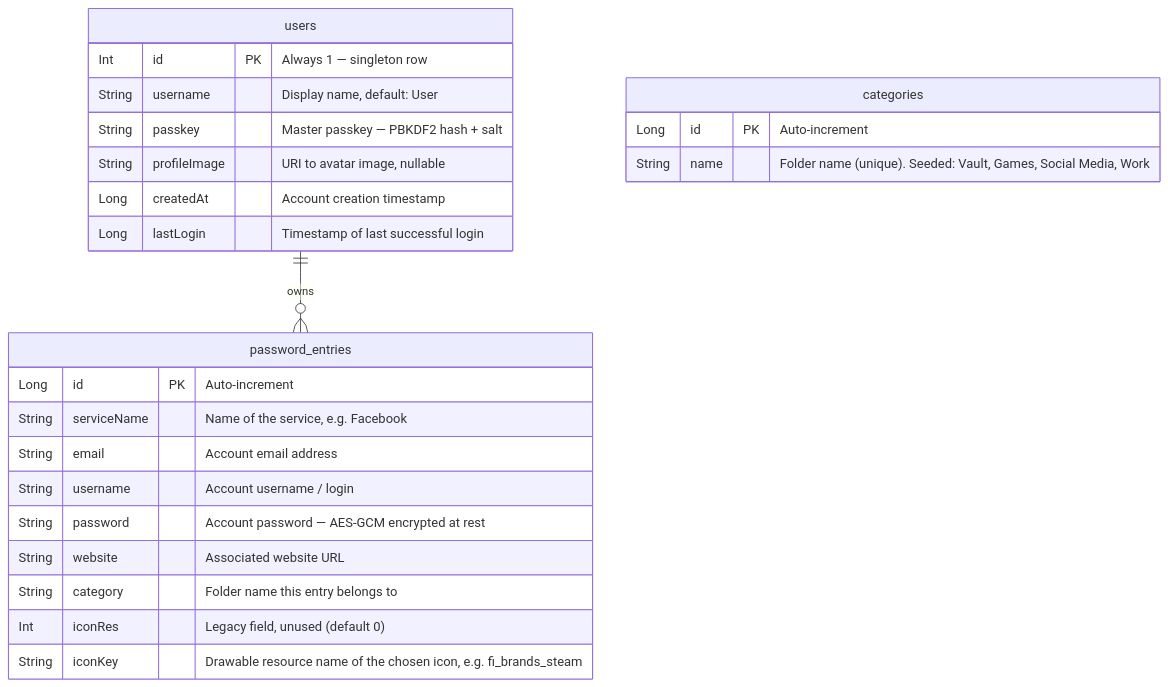
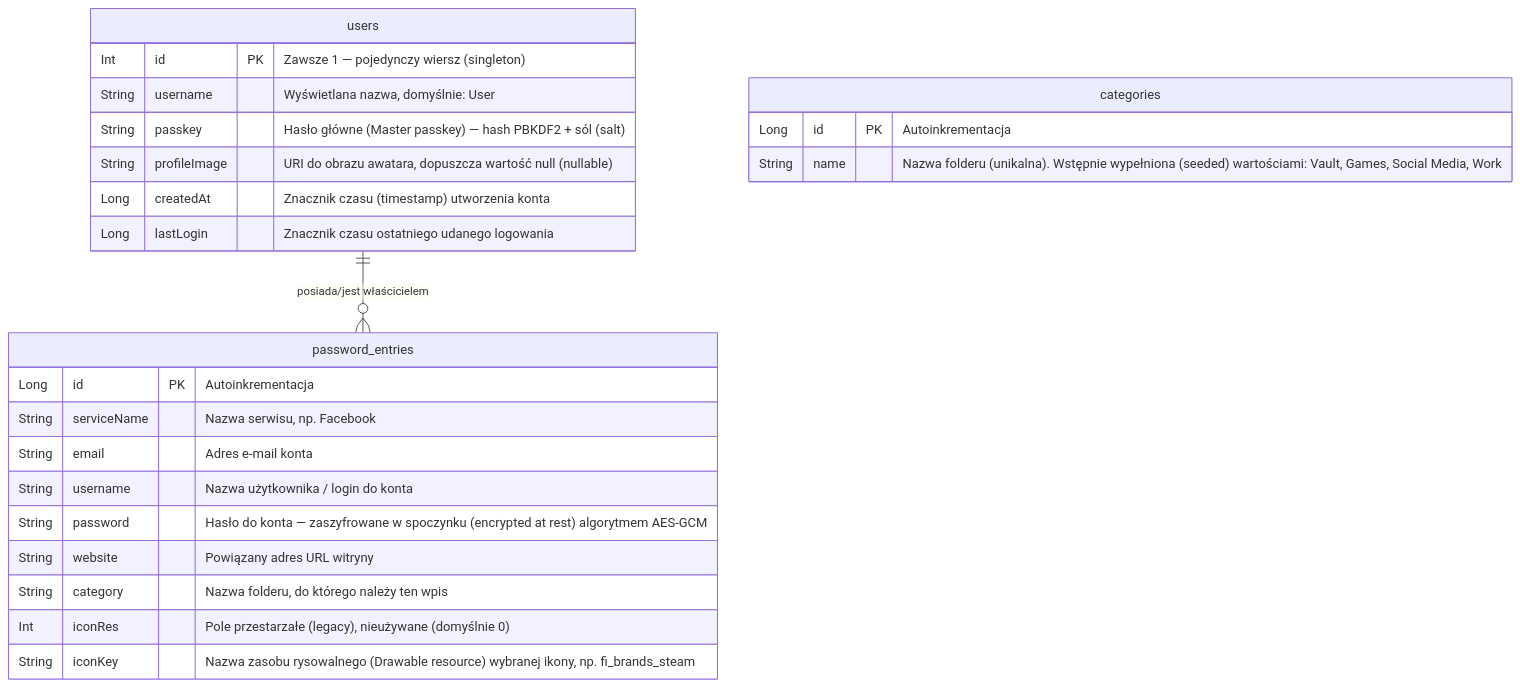
One commit to samuno717/LockIt changed the second of 2 diagrams in README.md. Above: the diagram before and after it, drawn with Mermaid. The commit also changed other lines of this file, not shown here.

````diff
--- a/README.md
+++ b/README.md
@@ -151,30 +149,30 @@
 ```mermaid
 erDiagram
     users {
-        Int id PK "Always 1 — singleton row"
-        String username "Display name, default: User"
-        String passkey "Master passkey — PBKDF2 hash + salt"
-        String profileImage "URI to avatar image, nullable"
-        Long createdAt "Account creation timestamp"
-        Long lastLogin "Timestamp of last successful login"
+        Int id PK "Zawsze 1 — pojedynczy wiersz (singleton)"
+        String username "Wyświetlana nazwa, domyślnie: User"
+        String passkey "Hasło główne (Master passkey) — hash PBKDF2 + sól (salt)"
+        String profileImage "URI do obrazu awatara, dopuszcza wartość null (nullable)"
+        Long createdAt "Znacznik czasu (timestamp) utworzenia konta"
+        Long lastLogin "Znacznik czasu ostatniego udanego logowania"
     }
 
     password_entries {
-        Long id PK "Auto-increment"
-        String serviceName "Name of the service, e.g. Facebook"
-        String email "Account email address"
-        String username "Account username / login"
-        String password "Account password — AES-GCM encrypted at rest"
-        String website "Associated website URL"
-        String category "Folder name this entry belongs to"
-        Int iconRes "Legacy field, unused (default 0)"
-        String iconKey "Drawable resource name of the chosen icon, e.g. fi_brands_steam"
+        Long id PK "Autoinkrementacja"
+        String serviceName "Nazwa serwisu, np. Facebook"
+        String email "Adres e-mail konta"
+        String username "Nazwa użytkownika / login do konta"
+        String password "Hasło do konta — zaszyfrowane w spoczynku (encrypted at rest) algorytmem AES-GCM"
+        String website "Powiązany adres URL witryny"
+        String category "Nazwa folderu, do którego należy ten wpis"
+        Int iconRes "Pole przestarzałe (legacy), nieużywane (domyślnie 0)"
+        String iconKey "Nazwa zasobu rysowalnego (Drawable resource) wybranej ikony, np. fi_brands_steam"
     }
 
     categories {
-        Long id PK "Auto-increment"
-        String name "Folder name (unique). Seeded: Vault, Games, Social Media, Work"
+        Long id PK "Autoinkrementacja"
+        String name "Nazwa folderu (unikalna). Wstępnie wypełniona (seeded) wartościami: Vault, Games, Social Media, Work"
     }
 
-    users ||--o{ password_entries : "owns"
+    users ||--o{ password_entries : "posiada/jest właścicielem"
 ```
````
